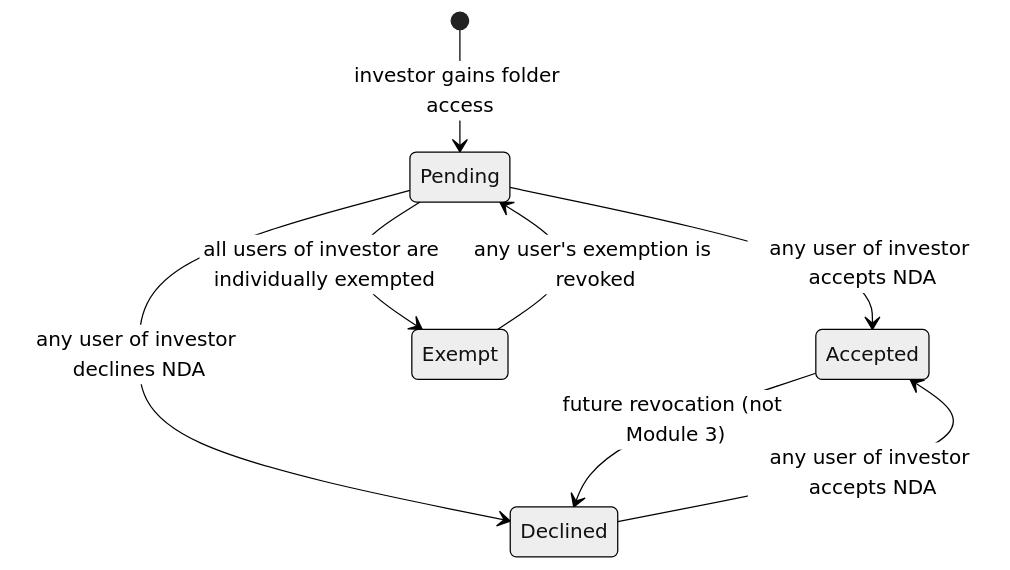
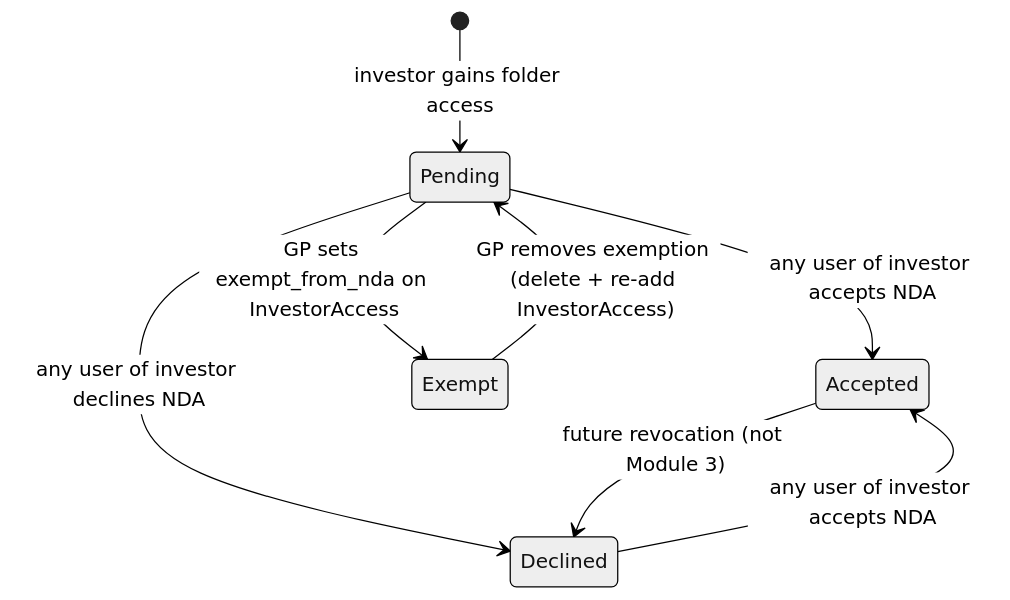
Before and after one commit to sampadadiwan/IRM_CompanyMain: the fifth of 9 diagrams in openspec/changes/nda-data-room-module-3-gp-dashboard/design.md, drawn with Mermaid (neutral theme). The commit also changed other lines of this file and 22 other files, not shown here.

First line of the commit message:
feat: Redesign exemption to stakeholder-level + hide NDA Settings on Data Room root

````diff
--- a/openspec/changes/nda-data-room-module-3-gp-dashboard/design.md
+++ b/openspec/changes/nda-data-room-module-3-gp-dashboard/design.md
@@ -253,10 +238,10 @@
 ```mermaid
 stateDiagram-v2
     [*] --> Pending : investor gains folder access
     Pending --> Accepted : any user of investor accepts NDA
     Pending --> Declined : any user of investor declines NDA
     Declined --> Accepted : any user of investor accepts NDA
     Accepted --> Declined : future revocation (not Module 3)
-    Pending --> Exempt : all users of investor are individually exempted
-    Exempt --> Pending : any user's exemption is revoked
+    Pending --> Exempt : GP sets exempt_from_nda on InvestorAccess
+    Exempt --> Pending : GP removes exemption (delete + re-add InvestorAccess)
 ```
````
